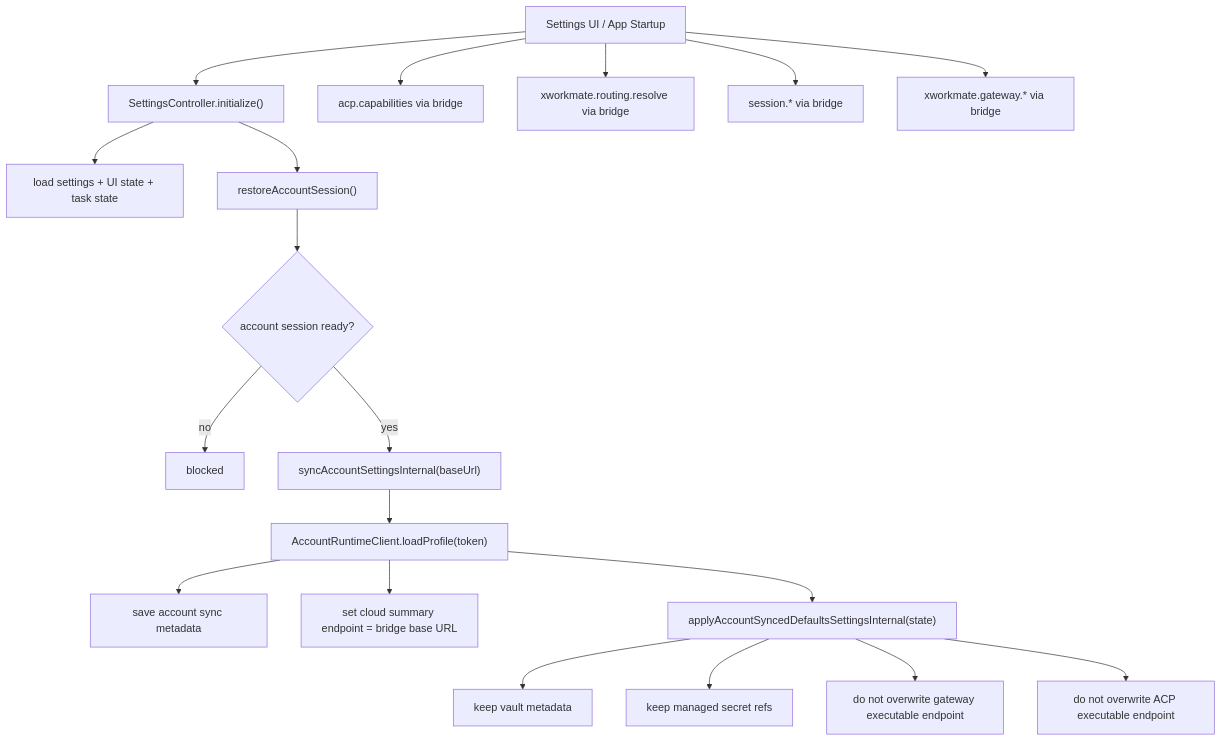
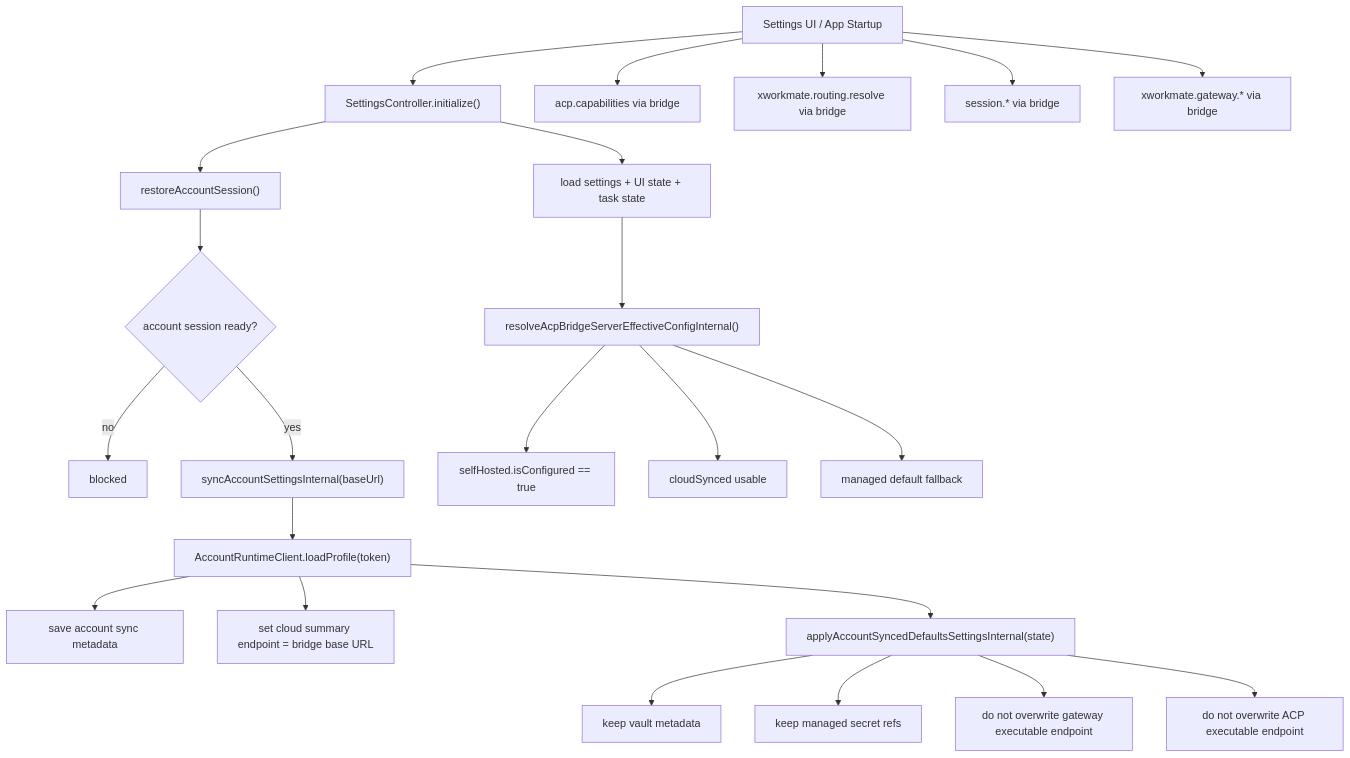
The diagram in docs/plans/2026-04-11-settings-config-state-workflow-design.md (ai-workspace-lab/xworkmate-app), drawn with Mermaid before and after one commit. The commit also changed other lines of this file and 6 other files, not shown here.

````diff
--- a/docs/plans/2026-04-11-settings-config-state-workflow-design.md
+++ b/docs/plans/2026-04-11-settings-config-state-workflow-design.md
@@ -83,24 +98,29 @@
 ```mermaid
 flowchart TD
   UI["Settings UI / App Startup"] --> INIT["SettingsController.initialize()"]
   INIT --> LOAD["load settings + UI state + task state"]
   INIT --> RESTORE["restoreAccountSession()"]
   RESTORE --> CHECK{"account session ready?"}
   CHECK -->|no| BLOCK["blocked"]
   CHECK -->|yes| SYNC["syncAccountSettingsInternal(baseUrl)"]
 
   SYNC --> API["AccountRuntimeClient.loadProfile(token)"]
   API --> SAVE_SYNC["save account sync metadata"]
   API --> SAVE_SUMMARY["set cloud summary endpoint = bridge base URL"]
   API --> APPLY["applyAccountSyncedDefaultsSettingsInternal(state)"]
 
   APPLY --> KEEP1["keep vault metadata"]
   APPLY --> KEEP2["keep managed secret refs"]
   APPLY --> SKIP1["do not overwrite gateway executable endpoint"]
   APPLY --> SKIP2["do not overwrite ACP executable endpoint"]
 
+  LOAD --> RESOLVE["resolveAcpBridgeServerEffectiveConfigInternal()"]
+  RESOLVE --> BRIDGE["selfHosted.isConfigured == true"]
+  RESOLVE --> CLOUD["cloudSynced usable"]
+  RESOLVE --> DEFAULT["managed default fallback"]
+
   UI --> BRIDGE_CAPS["acp.capabilities via bridge"]
   UI --> BRIDGE_ROUTE["xworkmate.routing.resolve via bridge"]
   UI --> BRIDGE_RUN["session.* via bridge"]
   UI --> BRIDGE_GATEWAY["xworkmate.gateway.* via bridge"]
 ```
````
